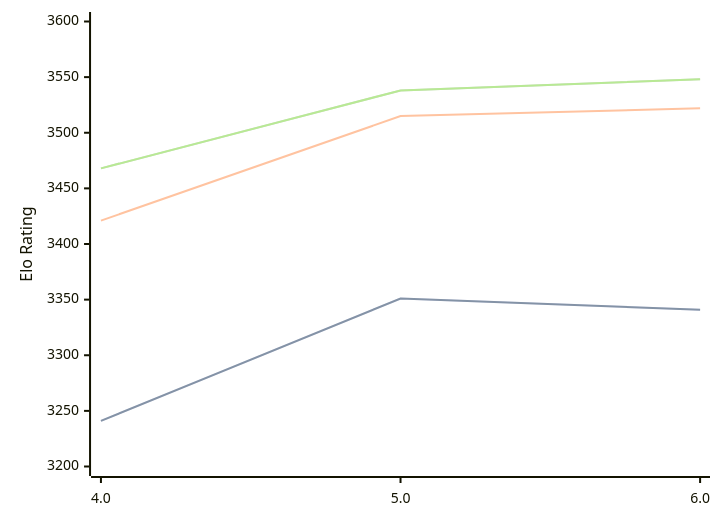
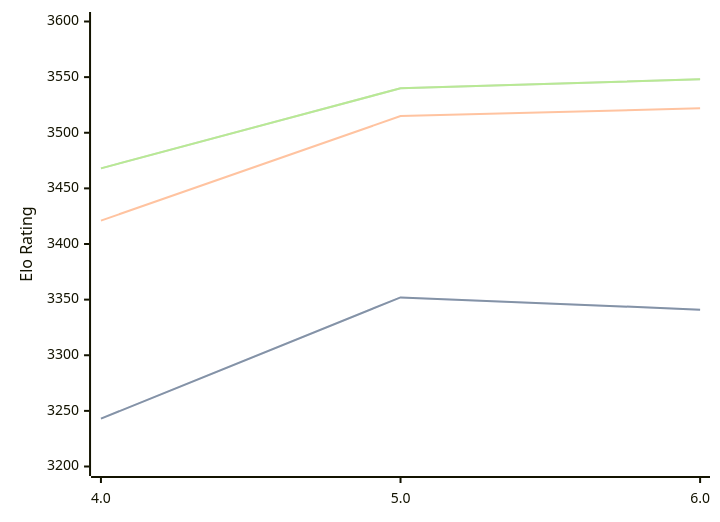
One commit to computer-chess-index/cci changed the diagram in engines/Tarnished.md. Above: the diagram before and after it, drawn with Mermaid. The commit also changed other lines of this file, not shown here.

Commit message:
Update CCI Ratings (ELO VLTC) - 2026-07-24

````diff
--- a/engines/Tarnished.md
+++ b/engines/Tarnished.md
@@ -37,11 +37,11 @@
 ```mermaid
 %%{init: {"theme":"base","themeVariables":{"seriesColors:['#a3a3a3','#222221','#faa371']}}}%%
 xychart-beta
   x-axis ["4.0", "5.0", "6.0"]
   y-axis "Elo Rating" 3200 --> 3600
-  line "STC (8.0+0.08s)" [3241, 3351, 3341]
-  line "STC (8.0+0.08s)" [3241, 3351, 3341]
+  line "STC (8.0+0.08s)" [3243, 3352, 3341]
+  line "STC (8.0+0.08s)" [3243, 3352, 3341]
   line "LTC (60.0+0.60s)" [3421, 3515, 3522]
-  line "VLTC (2m24s+1.12s)" [3468, 3538, 3548]
-  line "VLTC (2m24s+1.12s)" [3468, 3538, 3548]
+  line "VLTC (2m24s+1.12s)" [3468, 3540, 3548]
+  line "VLTC (2m24s+1.12s)" [3468, 3540, 3548]
 ```
````
